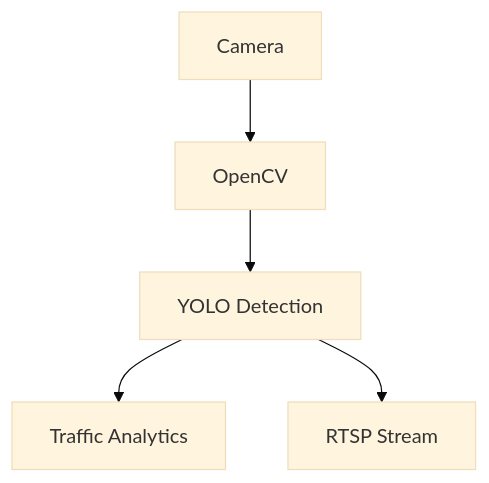
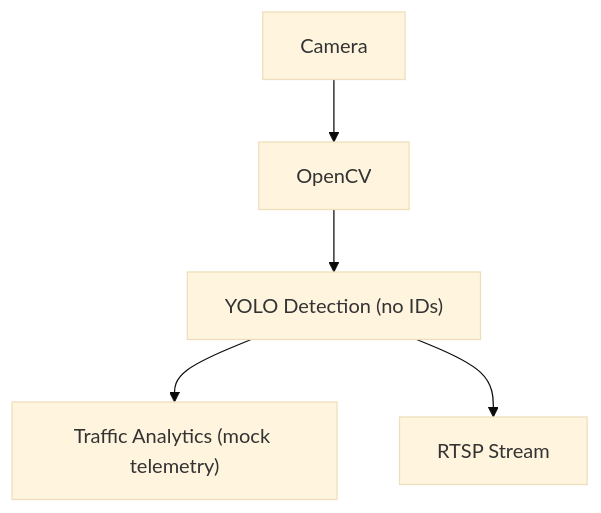
Before and after one commit to vclane/vclane-docs: the third of 3 diagrams in docs/edge-device.md, drawn with Mermaid (base theme). The commit also changed other lines of this file and 5 other files, not shown here.

````diff
--- a/docs/edge-device.md
+++ b/docs/edge-device.md
@@ -73,7 +85,7 @@
 ```mermaid
 graph TD
     Camera --> OpenCV
-    OpenCV --> YOLO["YOLO Detection"]
-    YOLO --> Analytics["Traffic Analytics"]
+    OpenCV --> YOLO["YOLO Detection (no IDs)"]
+    YOLO --> Analytics["Traffic Analytics (mock telemetry)"]
     YOLO --> RTSP["RTSP Stream"]
 ```
````
